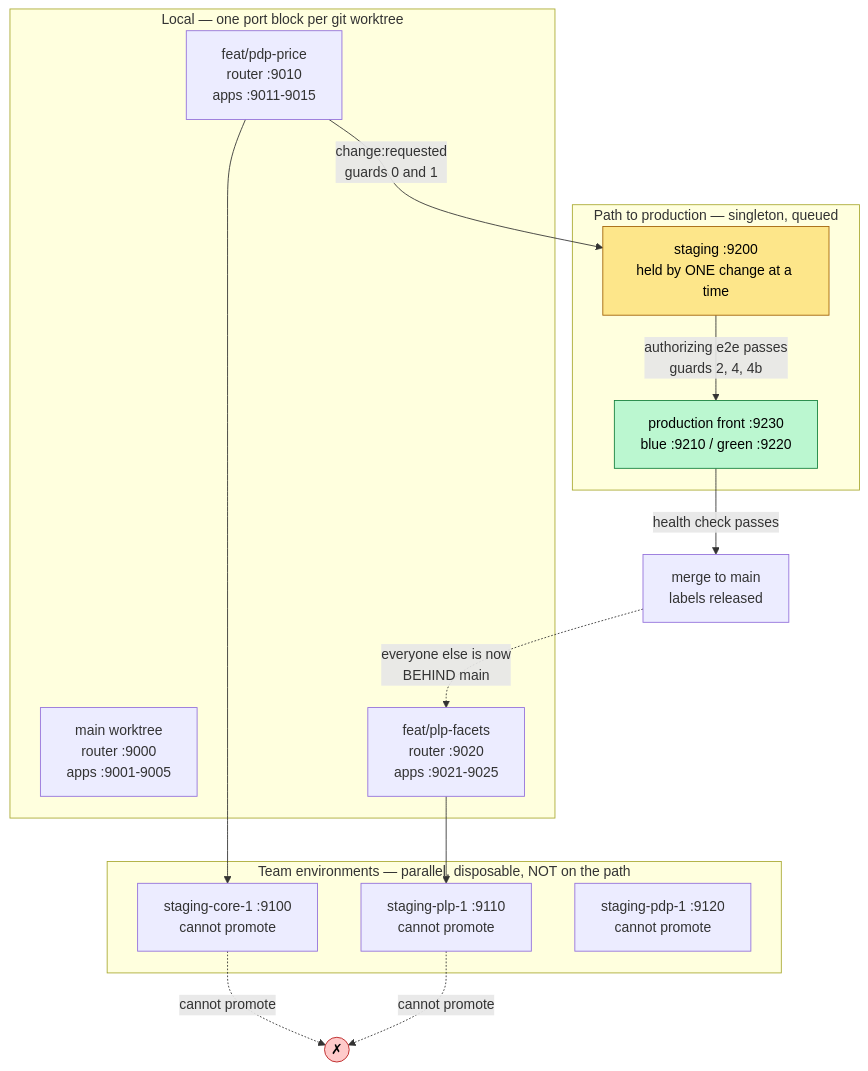
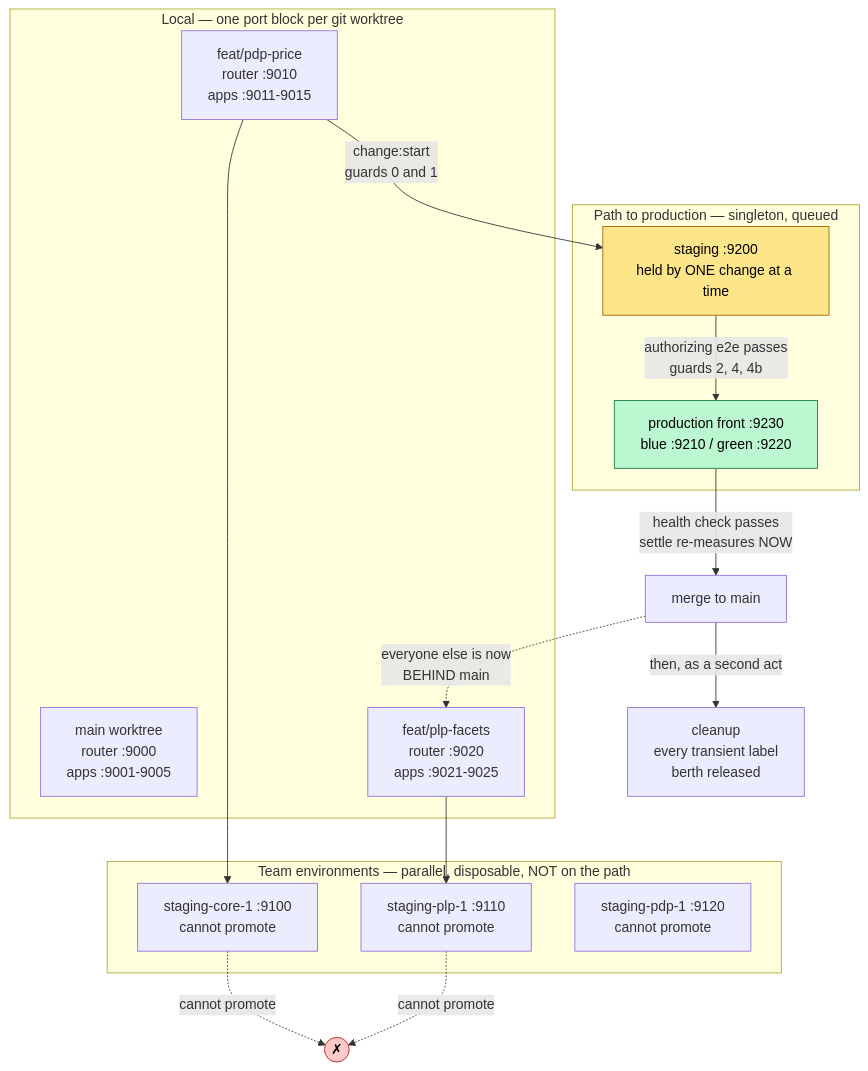
The fourth of 6 diagrams in README.org (aygp-dr/standard-change), drawn with Mermaid before and after one commit. The commit also changed other lines of this file, not shown here.

First line of the commit message:
docs(readme): the cleanup flow, the reviewer, and two dead labels removed

```diff
--- a/README.org
+++ b/README.org
@@ -541,32 +638,33 @@
 #+begin_src mermaid :eval never-export
 flowchart TB
     subgraph local["Local — one port block per git worktree"]
         W0["main worktree<br/>router :9000<br/>apps :9001-9005"]
         W1["feat/pdp-price<br/>router :9010<br/>apps :9011-9015"]
         W2["feat/plp-facets<br/>router :9020<br/>apps :9021-9025"]
     end
 
     subgraph team["Team environments — parallel, disposable, NOT on the path"]
         E1["staging-core-1 :9100<br/>cannot promote"]
         E2["staging-plp-1 :9110<br/>cannot promote"]
         E3["staging-pdp-1 :9120<br/>cannot promote"]
     end
 
     subgraph path["Path to production — singleton, queued"]
         S["staging :9200<br/>held by ONE change at a time"]
         P["production front :9230<br/>blue :9210 / green :9220"]
     end
 
     W1 --> E1
     W2 --> E2
     E1 -.->|"cannot promote"| X(("✗"))
     E2 -.->|"cannot promote"| X
-    W1 -->|"change:requested<br/>guards 0 and 1"| S
+    W1 -->|"change:start<br/>guards 0 and 1"| S
     S -->|"authorizing e2e passes<br/>guards 2, 4, 4b"| P
-    P -->|"health check passes"| M["merge to main<br/>labels released"]
+    P -->|"health check passes<br/>settle re-measures NOW"| M["merge to main"]
+    M -->|"then, as a second act"| CU["cleanup<br/>every transient label<br/>berth released"]
     M -.->|"everyone else is now<br/>BEHIND main"| W2
 
     style S fill:#fde68a,stroke:#a16207,color:#000
     style P fill:#bbf7d0,stroke:#15803d,color:#000
     style X fill:#fecaca,stroke:#b91c1c,color:#000
 #+end_src
```
